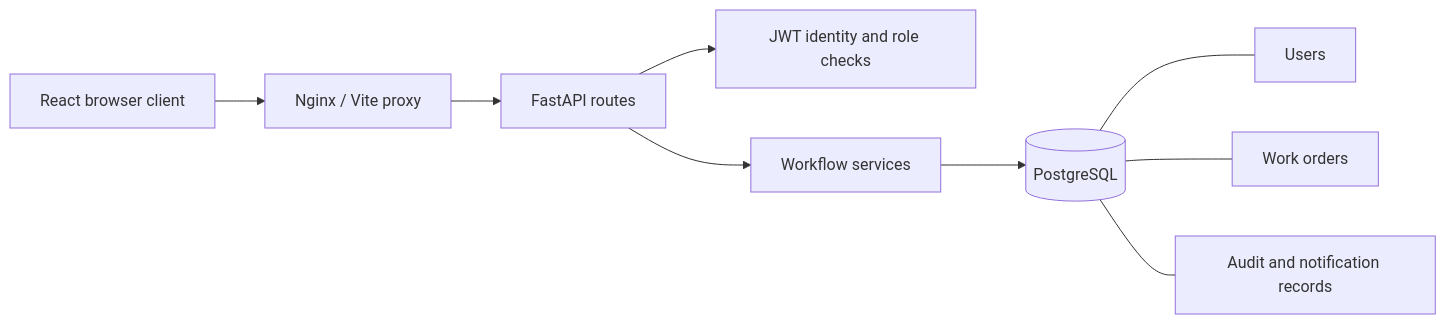
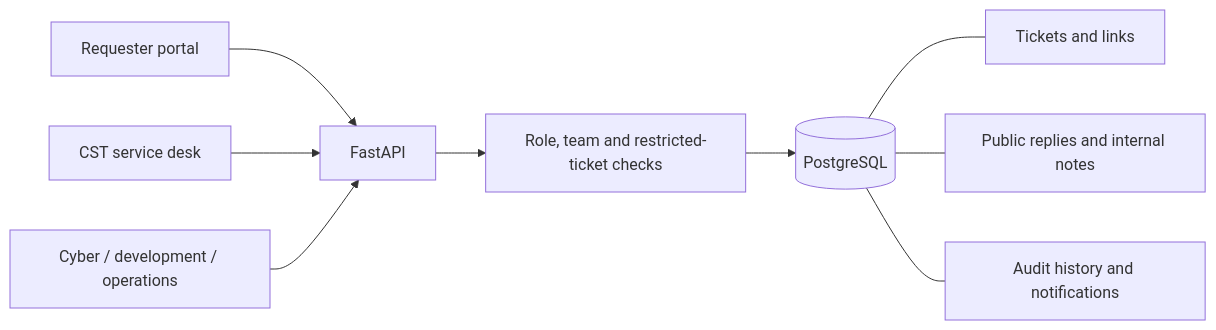
The diagram in docs/architecture.md (sakumow7/managex-hub), drawn with Mermaid before and after one commit. The commit also changed other lines of this file and 21 other files, not shown here.

Commit message:
Shift ManageX to CST ticket tracking and internal IT workflows

````diff
--- a/docs/architecture.md
+++ b/docs/architecture.md
@@ -3,11 +5,11 @@
 ```mermaid
 flowchart LR
-  Browser[React browser client] --> Proxy[Nginx / Vite proxy]
-  Proxy --> API[FastAPI routes]
-  API --> Auth[JWT identity and role checks]
-  API --> Workflow[Workflow services]
-  Workflow --> DB[(PostgreSQL)]
-  DB --- Users[Users]
-  DB --- Orders[Work orders]
-  DB --- Events[Audit and notification records]
+  Requester[Requester portal] --> API[FastAPI]
+  CST[CST service desk] --> API
+  Other[Cyber / development / operations] --> API
+  API --> Policy[Role, team and restricted-ticket checks]
+  Policy --> DB[(PostgreSQL)]
+  DB --- Ticket[Tickets and links]
+  DB --- Discussion[Public replies and internal notes]
+  DB --- History[Audit history and notifications]
 ```
````
